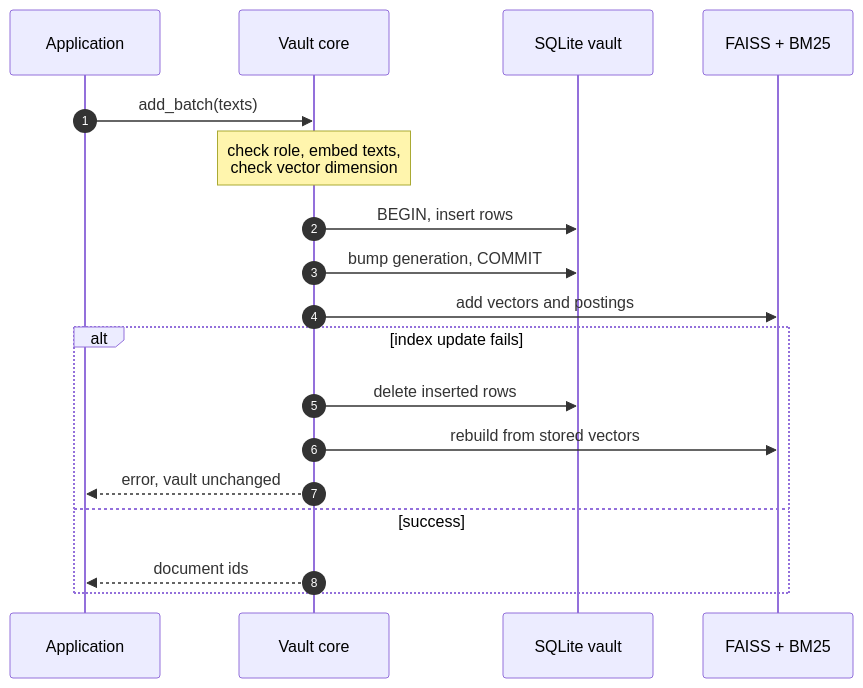
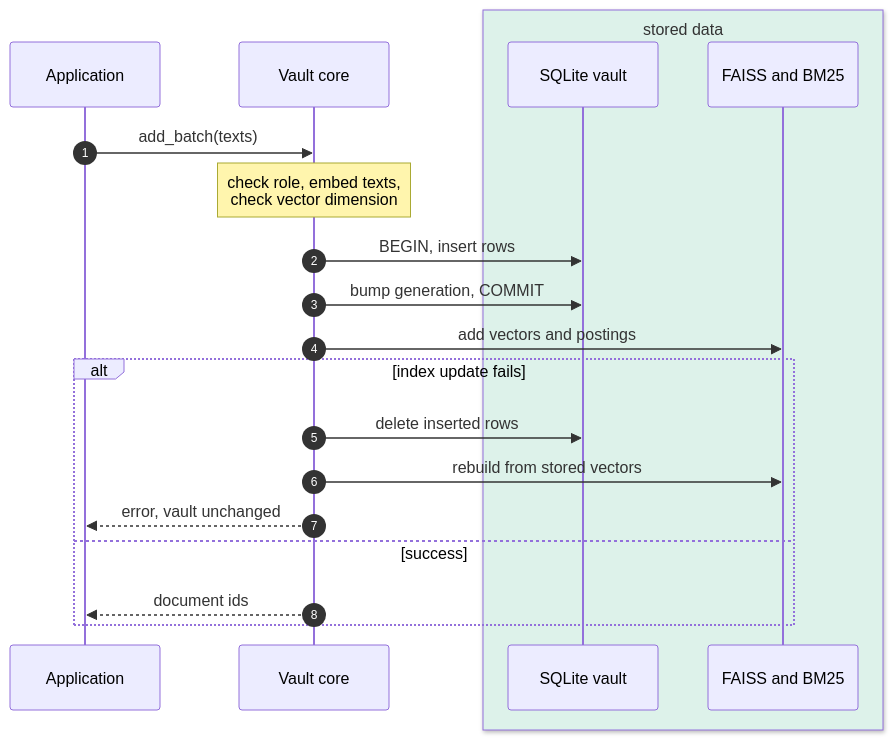
Before and after one commit to bosekarmegam/vecforge: the diagram in paper/figures/src/fig-write-sequence.mmd, drawn with Mermaid. The commit also changed 48 other files, not shown here.

```diff
--- a/paper/figures/src/fig-write-sequence.mmd
+++ b/paper/figures/src/fig-write-sequence.mmd
@@ -1,18 +1,20 @@
 sequenceDiagram
     autonumber
     participant A as Application
     participant V as Vault core
-    participant S as SQLite vault
-    participant I as FAISS + BM25
+    box rgb(221,242,234) stored data
+        participant S as SQLite vault
+        participant I as FAISS and BM25
+    end
     A->>V: add_batch(texts)
     Note over V: check role, embed texts,<br/>check vector dimension
     V->>S: BEGIN, insert rows
     V->>S: bump generation, COMMIT
     V->>I: add vectors and postings
     alt index update fails
         V->>S: delete inserted rows
         V->>I: rebuild from stored vectors
         V-->>A: error, vault unchanged
     else success
         V-->>A: document ids
     end
```
